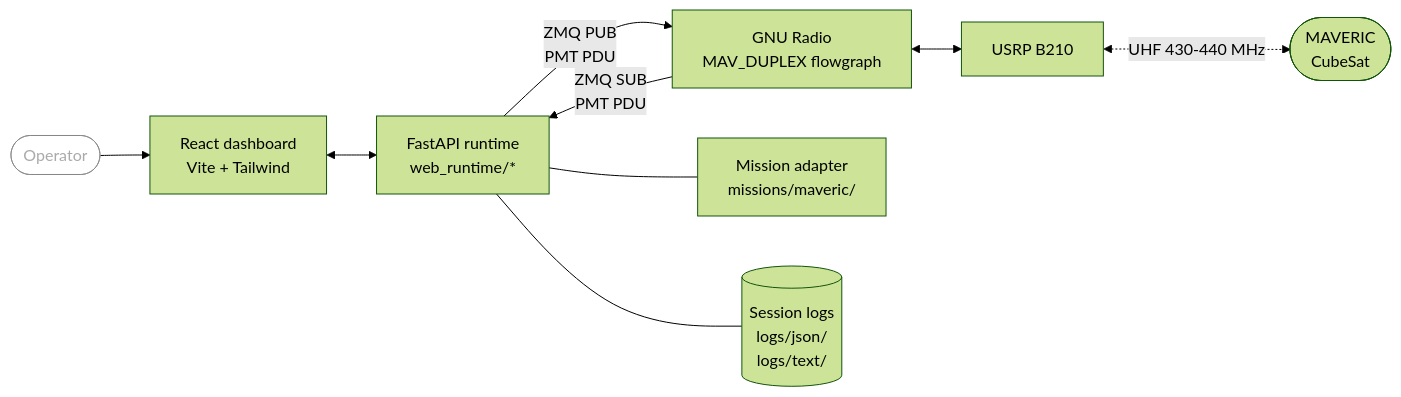
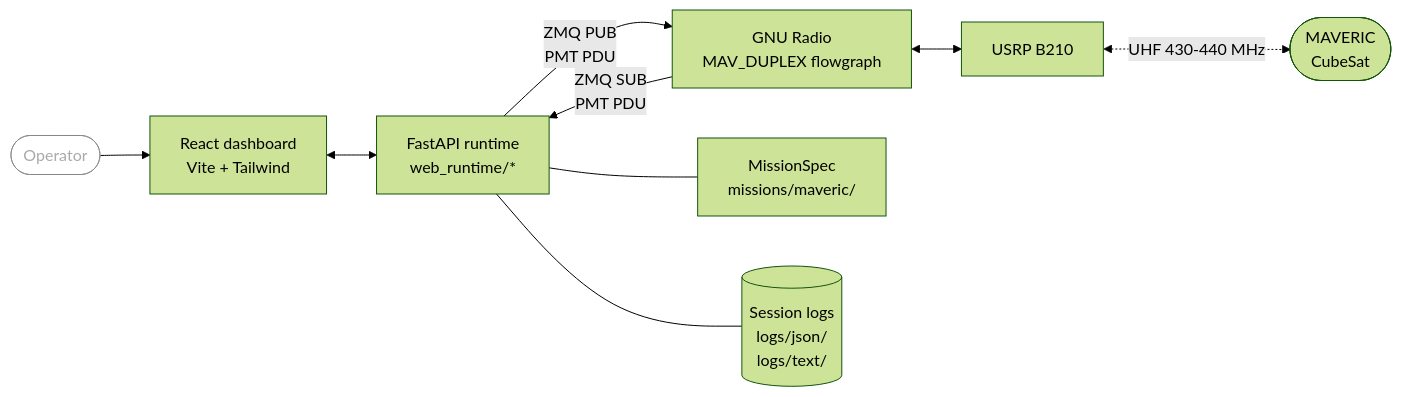
Before and after one commit to totesirfan/MAVERIC-GSS-CODE: the first of 2 diagrams in README.md, drawn with Mermaid (forest theme). The commit also changed other lines of this file and 247 other files, not shown here.

First line of the commit message:
refactor: v6 platform-decoupled mission architecture

````diff
--- a/README.md
+++ b/README.md
@@ -140,12 +140,12 @@
 ```mermaid
 flowchart LR
     Op([Operator]):::op --> UI[React dashboard<br/>Vite + Tailwind]
     UI <--> RT[FastAPI runtime<br/>web_runtime/*]
     RT -- ZMQ PUB<br/>PMT PDU --> GR[GNU Radio<br/>MAV_DUPLEX flowgraph]
     GR -- ZMQ SUB<br/>PMT PDU --> RT
     GR <--> Radio[USRP B210]
     Radio <-. UHF 430-440 MHz .-> Sat([MAVERIC<br/>CubeSat])
-    RT --- MA[Mission adapter<br/>missions/maveric/]
+    RT --- MS[MissionSpec<br/>missions/maveric/]
     RT --- LOG[(Session logs<br/>logs/json/<br/>logs/text/)]
     classDef op fill:transparent,stroke:#888,color:#aaa
 ```
````
